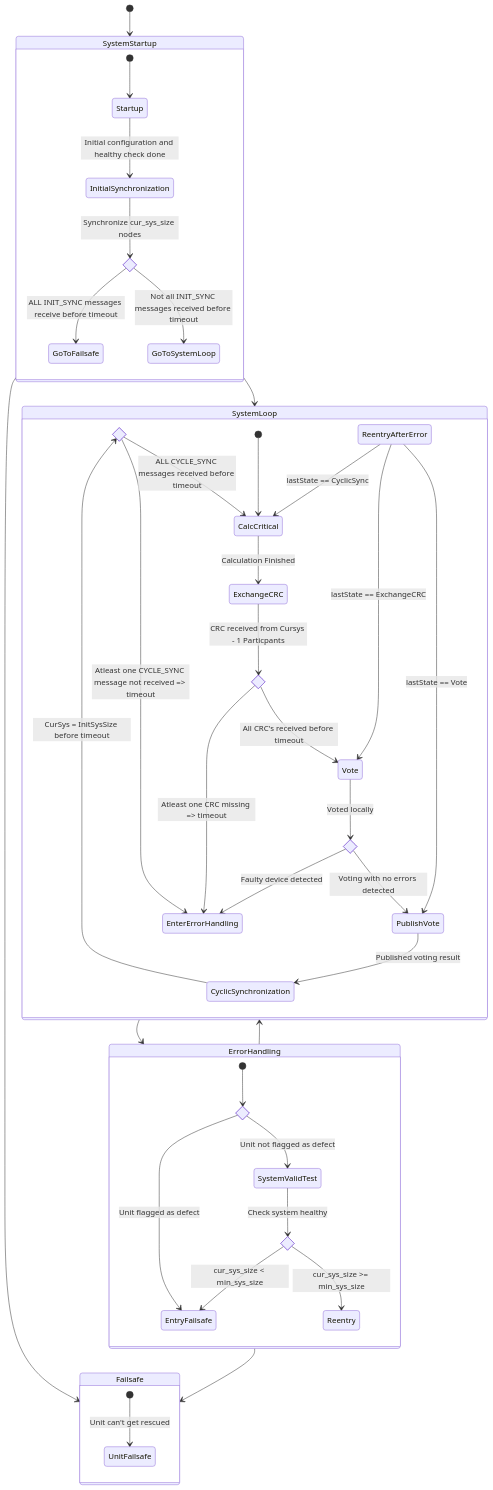
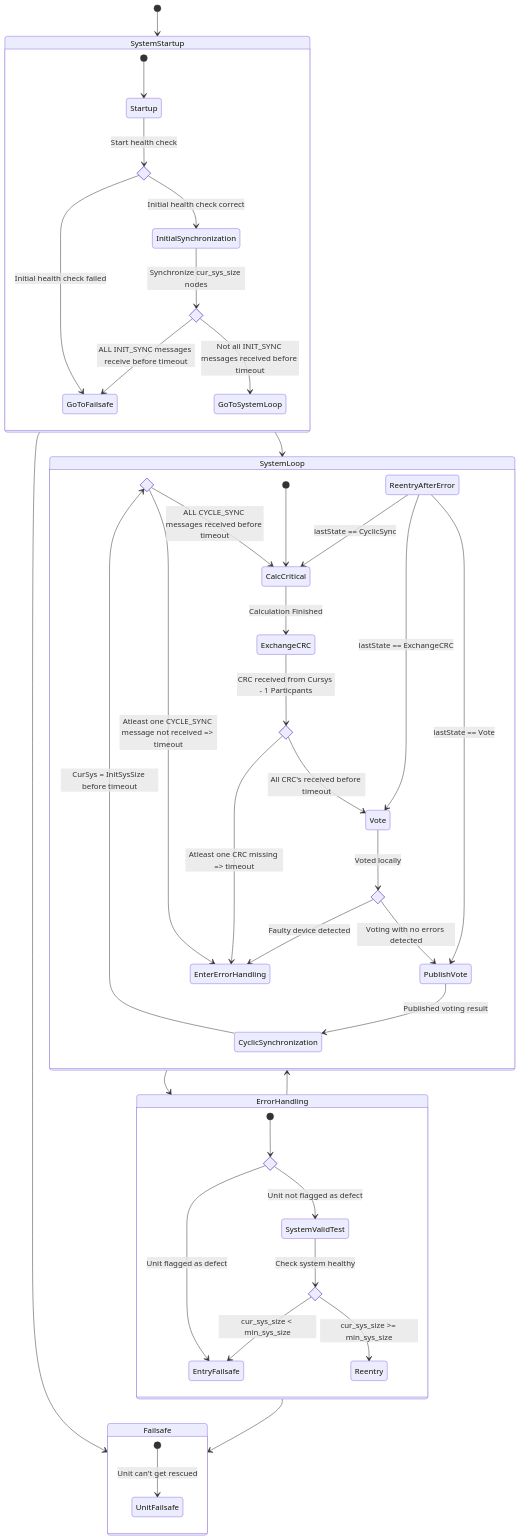
One commit to MooN-Framework/MooN-rust-framework changed the diagram in docs/state_diagram.md. Above: the diagram before and after it, drawn with Mermaid. The commit also changed 4 other files, not shown here.

Commit message:
Rewrote configs, altered state_diagram, moved sys configs into new file

````diff
--- a/docs/state_diagram.md
+++ b/docs/state_diagram.md
@@ -1,74 +1,77 @@
 ```mermaid
 stateDiagram-v2
 %% Initial synchronization if cases
+state startup_if <<choice>>
 state init_sync_if <<choice>>
 %% System loop if cases
 state cyclic_sync_if <<choice>>
 state exchange_crc_if <<choice>>
 state vote_if <<choice>>
 %% Error Handling if cases
 state error_if <<choice>>
 state system_valid_if <<choice>>
 
         [*] --> SystemStartup
         SystemStartup --> SystemLoop
         SystemStartup --> Failsafe
         SystemLoop --> ErrorHandling
         ErrorHandling --> Failsafe
         ErrorHandling --> SystemLoop
         %%SystemStartup --> Failsafe
         %%SystemLoop --> Failsafe
 
         %% Initial System startup
         state SystemStartup
         {
-                [*] --> Startup 
-                Startup --> InitialSynchronization : Initial configuration and healthy check done
+                [*] --> Startup
+                Startup --> startup_if : Start health check
+                startup_if --> InitialSynchronization : Initial health check correct
+                startup_if --> GoToFailsafe : Initial health check failed
                 InitialSynchronization --> init_sync_if : Synchronize cur_sys_size nodes
                 init_sync_if --> GoToFailsafe: ALL INIT_SYNC messages receive before timeout
                 init_sync_if -->  GoToSystemLoop : Not all INIT_SYNC messages received before timeout
         }
 
         %% Running system loop
         state SystemLoop
         {
                 %%% Functional States
                 [*] --> CalcCritical
                 CalcCritical --> ExchangeCRC : Calculation Finished
                 
                 ExchangeCRC --> exchange_crc_if : CRC received from Cursys - 1 Particpants
                 exchange_crc_if --> Vote : All CRC's received before timeout
                 exchange_crc_if --> EnterErrorHandling : Atleast one CRC missing => timeout
                 
                 Vote --> vote_if : Voted locally
                 vote_if --> PublishVote : Voting with no errors detected
                 vote_if --> EnterErrorHandling : Faulty device detected
 
                 PublishVote --> CyclicSynchronization : Published voting result
                 
                 CyclicSynchronization --> cyclic_sync_if : CurSys = InitSysSize before timeout
                 cyclic_sync_if --> CalcCritical : ALL CYCLE_SYNC messages received before timeout
                 cyclic_sync_if --> EnterErrorHandling : Atleast one CYCLE_SYNC message not received => timeout
                 
                 %%% Reentry After Error Handling
                 ReentryAfterError --> PublishVote : lastState == Vote
                 ReentryAfterError --> Vote : lastState == ExchangeCRC
                 ReentryAfterError --> CalcCritical : lastState == CyclicSync
         }
 
         state ErrorHandling
         {
                 [*] --> error_if
                 error_if --> EntryFailsafe : Unit flagged as defect
                 error_if --> SystemValidTest : Unit not flagged as defect 
                 SystemValidTest --> system_valid_if : Check system healthy
                 system_valid_if --> Reentry : cur_sys_size >= min_sys_size
                 system_valid_if --> EntryFailsafe : cur_sys_size < min_sys_size 
         }
 
         state Failsafe
         {
                 [*] --> UnitFailsafe : Unit can't get rescued
         }
         %% Failsafe
 ```
````
